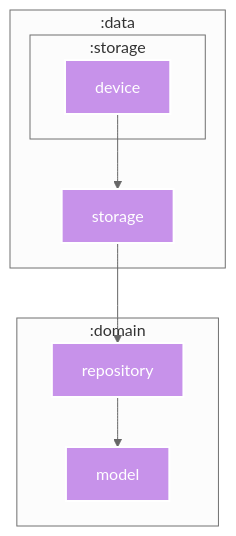
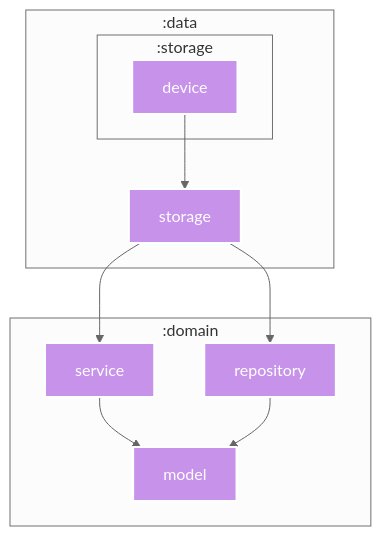
One commit to SorrowBlue/ComicViewer changed the diagram in data/storage/device/README.md. Above: the diagram before and after it, drawn with Mermaid. The commit also changed 41 other files, not shown here.

First line of the commit message:
refactor(domain): extract file sort logic to domain service (#1397)

````diff
--- a/data/storage/device/README.md
+++ b/data/storage/device/README.md
@@ -5,32 +5,37 @@
 ```mermaid
 %%{
   init: {
     'theme': 'neutral'
   }
 }%%
 
 graph TB
   subgraph :data
     :data:storage["storage"]
     :data:storage["storage"]
     subgraph :storage
       :data:storage:device["device"]
     end
   end
   subgraph :domain
     :domain:repository["repository"]
+    :domain:service["service"]
+    :domain:service["service"]
+    :domain:model["model"]
     :domain:repository["repository"]
-    :domain:model["model"]
   end
 
   :data:storage:device --> :data:storage
   :data:storage --> :domain:repository
+  :data:storage --> :domain:service
+  :domain:service --> :domain:model
   :domain:repository --> :domain:model
 
 classDef kotlin-multiplatform fill:#C792EA,stroke:#fff,stroke-width:2px,color:#fff;
 class :data:storage:device kotlin-multiplatform
 class :data:storage kotlin-multiplatform
 class :domain:repository kotlin-multiplatform
+class :domain:service kotlin-multiplatform
 class :domain:model kotlin-multiplatform
 
 ```
````
